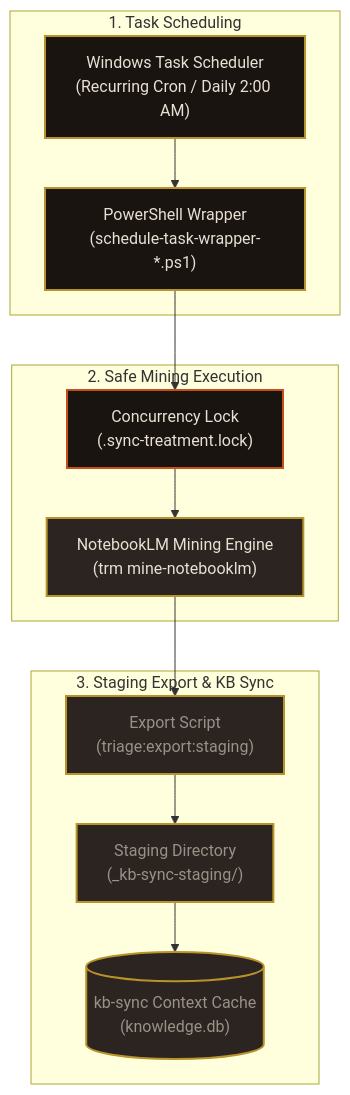
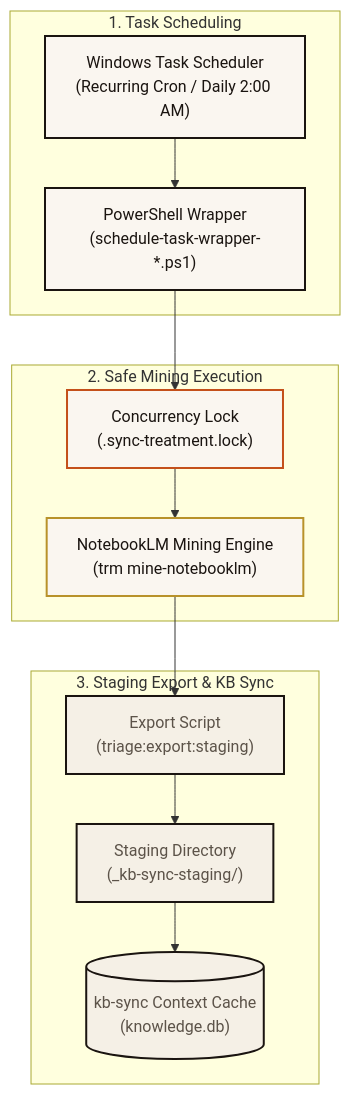
One commit to sorensencc-dotcom/TRM changed the diagram in wiki/Deployment-&-Automation.md. Above: the diagram before and after it, drawn with Mermaid. The commit also changed 23 other files, not shown here.

First line of the commit message:
docs(wiki): CIC readable parchment diagrams (F5F0E6 field)

````diff
--- a/wiki/Deployment-&-Automation.md
+++ b/wiki/Deployment-&-Automation.md
@@ -37,30 +37,30 @@
 ```mermaid
 flowchart TD
-    classDef daemonStyle fill:#1A1410,stroke:#B8922A,stroke-width:2px,color:#E8E0D4;
-    classDef execStyle fill:#2C2420,stroke:#B8922A,stroke-width:2px,color:#E8E0D4;
-    classDef lockStyle fill:#1A1410,stroke:#C4501A,stroke-width:2px,color:#E8E0D4;
-    classDef exportStyle fill:#2C2420,stroke:#B8922A,stroke-width:2px,color:#9A9088;
+    classDef daemonStyle fill:#FAF6F0,stroke:#1A1410,stroke-width:2px,color:#1A1410;
+    classDef execStyle fill:#FAF6F0,stroke:#B8922A,stroke-width:2px,color:#1A1410;
+    classDef lockStyle fill:#FAF6F0,stroke:#C4501A,stroke-width:2px,color:#1A1410;
+    classDef exportStyle fill:#F5F0E6,stroke:#1A1410,stroke-width:2px,color:#5C5349;
 
     subgraph Scheduler["1. Task Scheduling"]
         SCHED["Windows Task Scheduler<br/>(Recurring Cron / Daily 2:00 AM)"]:::daemonStyle
         WRAPPER["PowerShell Wrapper<br/>(schedule-task-wrapper-*.ps1)"]:::daemonStyle
         SCHED --> WRAPPER
     end
 
     subgraph Engine["2. Safe Mining Execution"]
         LOCK["Concurrency Lock<br/>(.sync-treatment.lock)"]:::lockStyle
         MINER["NotebookLM Mining Engine<br/>(trm mine-notebooklm)"]:::execStyle
         WRAPPER --> LOCK
         LOCK --> MINER
     end
 
     subgraph Staging["3. Staging Export & KB Sync"]
         EXPORT["Export Script<br/>(triage:export:staging)"]:::exportStyle
         STAGED_DIR["Staging Directory<br/>(_kb-sync-staging/)"]:::exportStyle
         KB_DB[("kb-sync Context Cache<br/>(knowledge.db)")]:::exportStyle
 
         MINER --> EXPORT
         EXPORT --> STAGED_DIR
         STAGED_DIR --> KB_DB
     end
 ```
````
